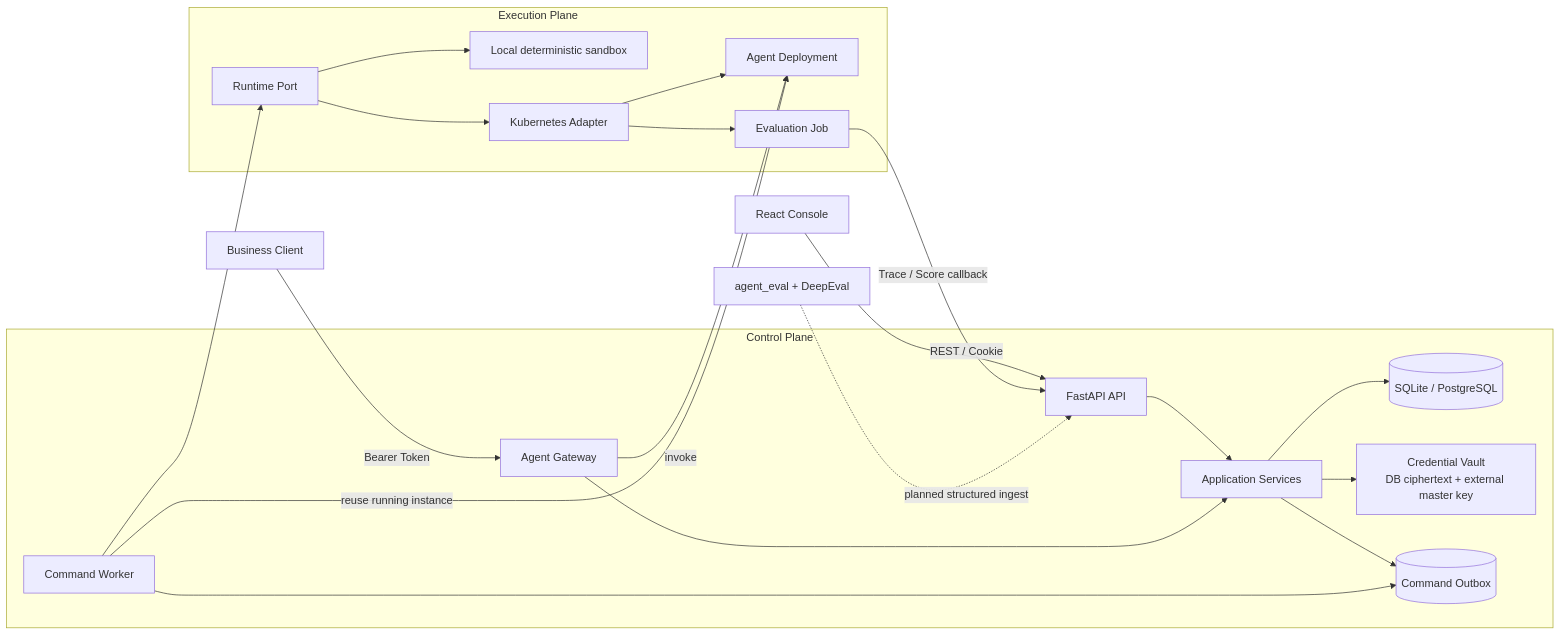
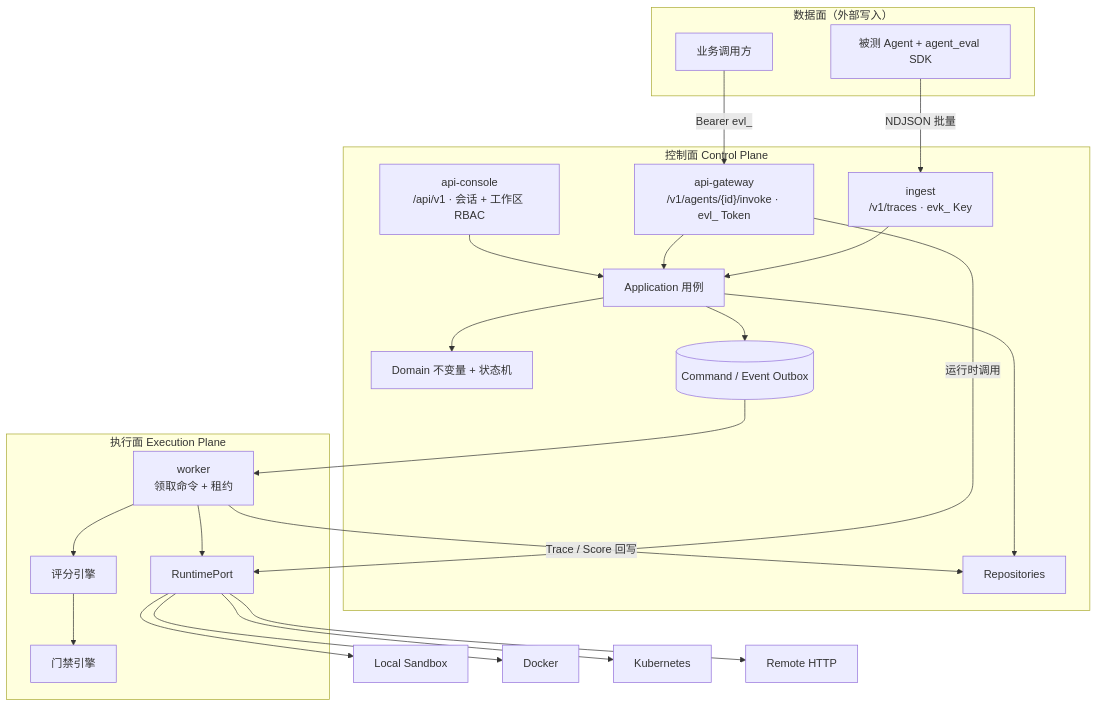
Before and after one commit to iceSheep2003/agent-eval-platform: the first of 4 diagrams in docs/backend-architecture.md, drawn with Mermaid. The commit also changed other lines of this file and 3 other files, not shown here.

First line of the commit message:
docs: 新增后端设计文档（架构 / 契约 / 运行时 / 路线图）

````diff
--- a/docs/backend-architecture.md
+++ b/docs/backend-architecture.md
@@ -7,27 +81,42 @@
 ```mermaid
-flowchart LR
-    UI[React Console] -->|REST / Cookie| API[FastAPI API]
-    CLIENT[Business Client] -->|Bearer Token| GATEWAY[Agent Gateway]
-
-    subgraph CP[Control Plane]
-        API --> APP[Application Services]
+flowchart TB
+    subgraph CP["控制面 Control Plane"]
+        CONSOLE["api-console<br/>/api/v1 · 会话 + 工作区 RBAC"]
+        GATEWAY["api-gateway<br/>/v1/agents/{id}/invoke · evl_ Token"]
+        INGEST["ingest<br/>/v1/traces · evk_ Key"]
+        APP["Application 用例"]
+        DOM["Domain 不变量 + 状态机"]
+        REPO["Repositories"]
+        OUTBOX[("Command / Event Outbox")]
+        CONSOLE --> APP
         GATEWAY --> APP
-        APP --> DB[(SQLite / PostgreSQL)]
-        APP --> VAULT[Credential Vault\nDB ciphertext + external master key]
-        APP --> OUTBOX[(Command Outbox)]
-        WORKER[Command Worker] --> OUTBOX
+        INGEST --> APP
+        APP --> DOM
+        APP --> REPO
+        APP --> OUTBOX
     end
 
-    subgraph EP[Execution Plane]
-        WORKER --> PORT[Runtime Port]
-        PORT --> LOCAL[Local deterministic sandbox]
-        PORT --> K8S[Kubernetes Adapter]
-        K8S --> DEPLOY[Agent Deployment]
-        K8S --> JOB[Evaluation Job]
+    subgraph DP["数据面（外部写入）"]
+        SDK["被测 Agent + agent_eval SDK"]
+        CLIENT["业务调用方"]
+        SDK -->|NDJSON 批量| INGEST
+        CLIENT -->|Bearer evl_| GATEWAY
     end
 
-    GATEWAY -->|invoke| DEPLOY
-    JOB -->|Trace / Score callback| API
-    WORKER -->|reuse running instance| DEPLOY
-    SDK[agent_eval + DeepEval] -.->|planned structured ingest| API
+    subgraph EP["执行面 Execution Plane"]
+        WORKER["worker<br/>领取命令 + 租约"]
+        SCORE["评分引擎"]
+        GATE["门禁引擎"]
+        PORT["RuntimePort"]
+        WORKER --> SCORE --> GATE
+        WORKER --> PORT
+    end
+
+    OUTBOX --> WORKER
+    PORT --> LOCAL["Local Sandbox"]
+    PORT --> DOCKER["Docker"]
+    PORT --> K8S["Kubernetes"]
+    PORT --> REMOTE["Remote HTTP"]
+    GATEWAY -->|运行时调用| PORT
+    WORKER -->|Trace / Score 回写| REPO
 ```
````
